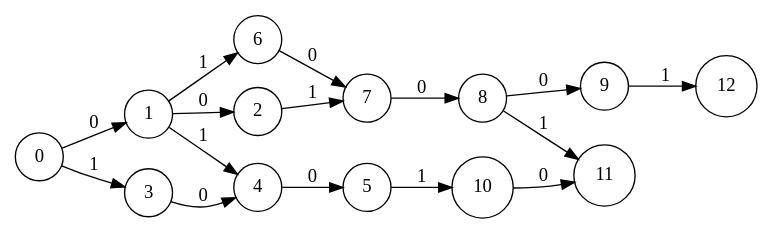
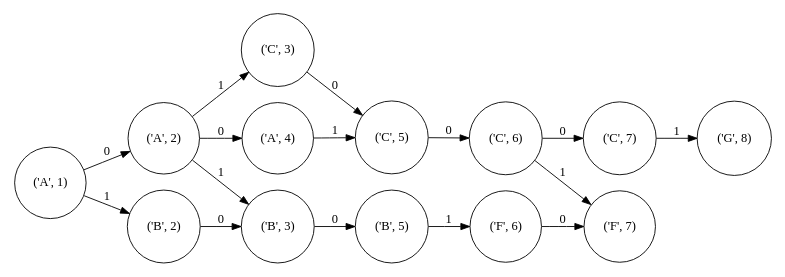
Before and after one commit to MRVNY/MOGPL: the diagram in fsm.gv, drawn with Graphviz. The commit also changed 3 other files, not shown here.

```diff
--- a/fsm.gv
+++ b/fsm.gv
@@ -1,19 +1,19 @@
 digraph "G'" {
 	rankdir=LR size="8,5"
 	node [shape=circle]
-	0 -> 1 [label=0]
-	1 -> 2 [label=0]
-	3 -> 4 [label=0]
-	4 -> 5 [label=0]
-	6 -> 7 [label=0]
-	7 -> 8 [label=0]
-	8 -> 9 [label=0]
-	10 -> 11 [label=0]
-	0 -> 3 [label=1]
-	1 -> 4 [label=1]
-	1 -> 6 [label=1]
-	2 -> 7 [label=1]
-	5 -> 10 [label=1]
-	8 -> 11 [label=1]
-	9 -> 12 [label=1]
+	"('A', 1)" -> "('A', 2)" [label=0]
+	"('A', 2)" -> "('A', 4)" [label=0]
+	"('B', 2)" -> "('B', 3)" [label=0]
+	"('B', 3)" -> "('B', 5)" [label=0]
+	"('C', 3)" -> "('C', 5)" [label=0]
+	"('C', 5)" -> "('C', 6)" [label=0]
+	"('C', 6)" -> "('C', 7)" [label=0]
+	"('F', 6)" -> "('F', 7)" [label=0]
+	"('A', 1)" -> "('B', 2)" [label=1]
+	"('A', 2)" -> "('B', 3)" [label=1]
+	"('A', 2)" -> "('C', 3)" [label=1]
+	"('A', 4)" -> "('C', 5)" [label=1]
+	"('B', 5)" -> "('F', 6)" [label=1]
+	"('C', 6)" -> "('F', 7)" [label=1]
+	"('C', 7)" -> "('G', 8)" [label=1]
 }
```
